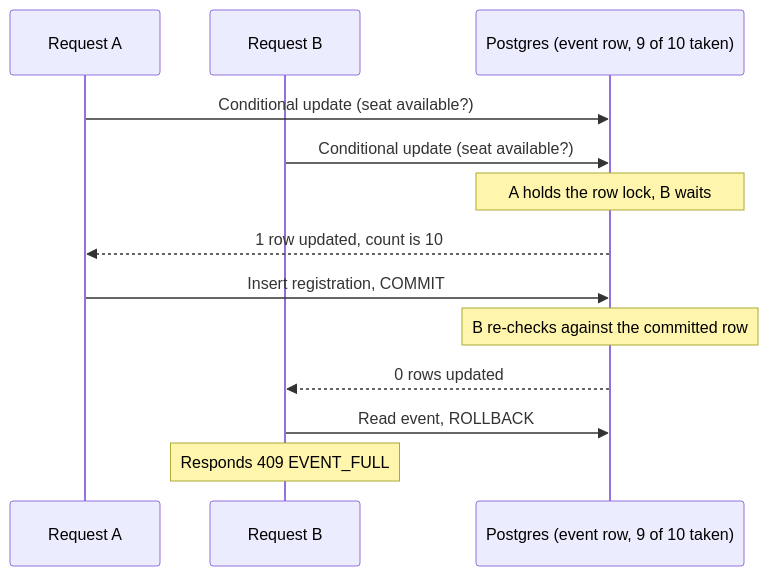
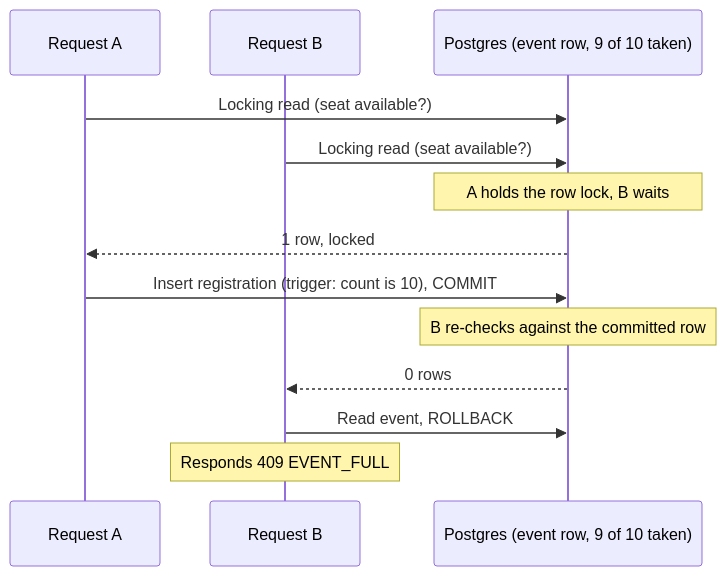
One commit to khanovico/gatherly changed the fourth of 8 diagrams in docs/architecture.md. Above: the diagram before and after it, drawn with Mermaid. The commit also changed other lines of this file and 24 other files, not shown here.

````diff
--- a/docs/architecture.md
+++ b/docs/architecture.md
@@ -149,16 +156,16 @@
 ```mermaid
 sequenceDiagram
   participant A as Request A
   participant B as Request B
   participant DB as Postgres (event row, 9 of 10 taken)
 
-  A->>DB: Conditional update (seat available?)
-  B->>DB: Conditional update (seat available?)
+  A->>DB: Locking read (seat available?)
+  B->>DB: Locking read (seat available?)
   Note over DB: A holds the row lock, B waits
-  DB-->>A: 1 row updated, count is 10
-  A->>DB: Insert registration, COMMIT
+  DB-->>A: 1 row, locked
+  A->>DB: Insert registration (trigger: count is 10), COMMIT
   Note over DB: B re-checks against the committed row
-  DB-->>B: 0 rows updated
+  DB-->>B: 0 rows
   B->>DB: Read event, ROLLBACK
   Note over B: Responds 409 EVENT_FULL
 ```
````
